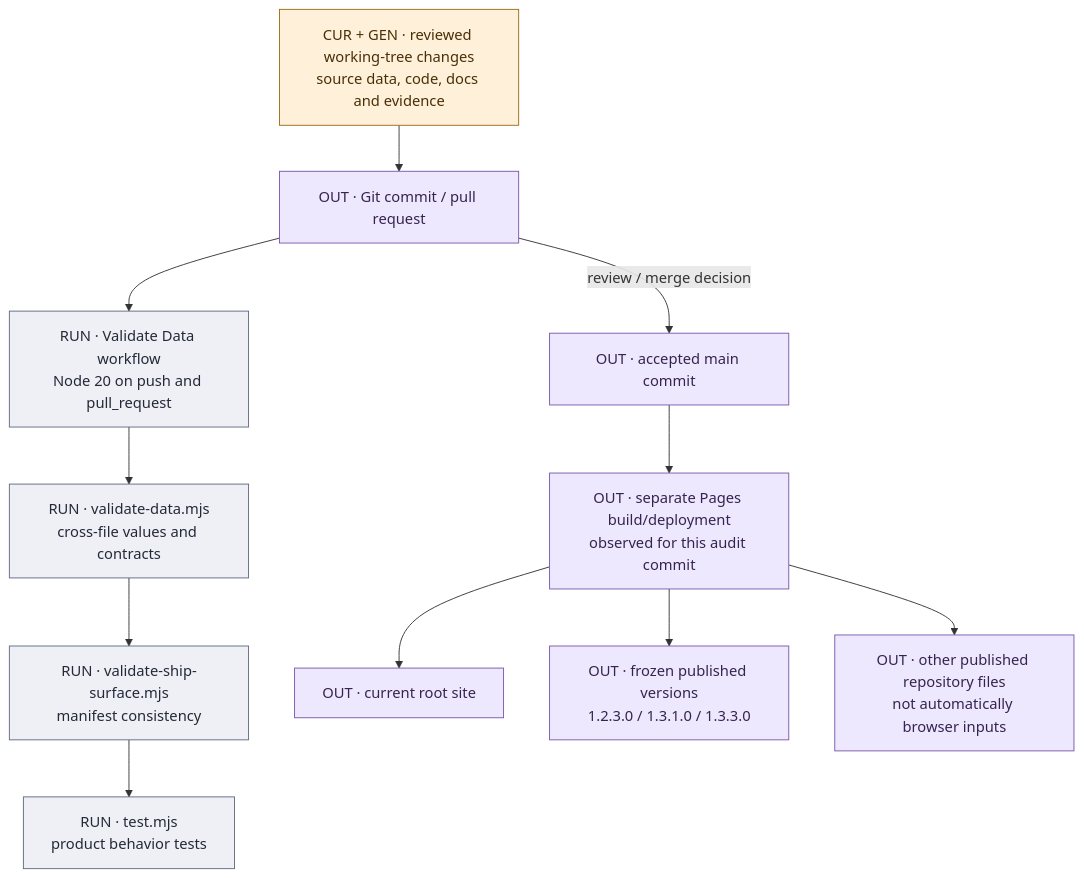
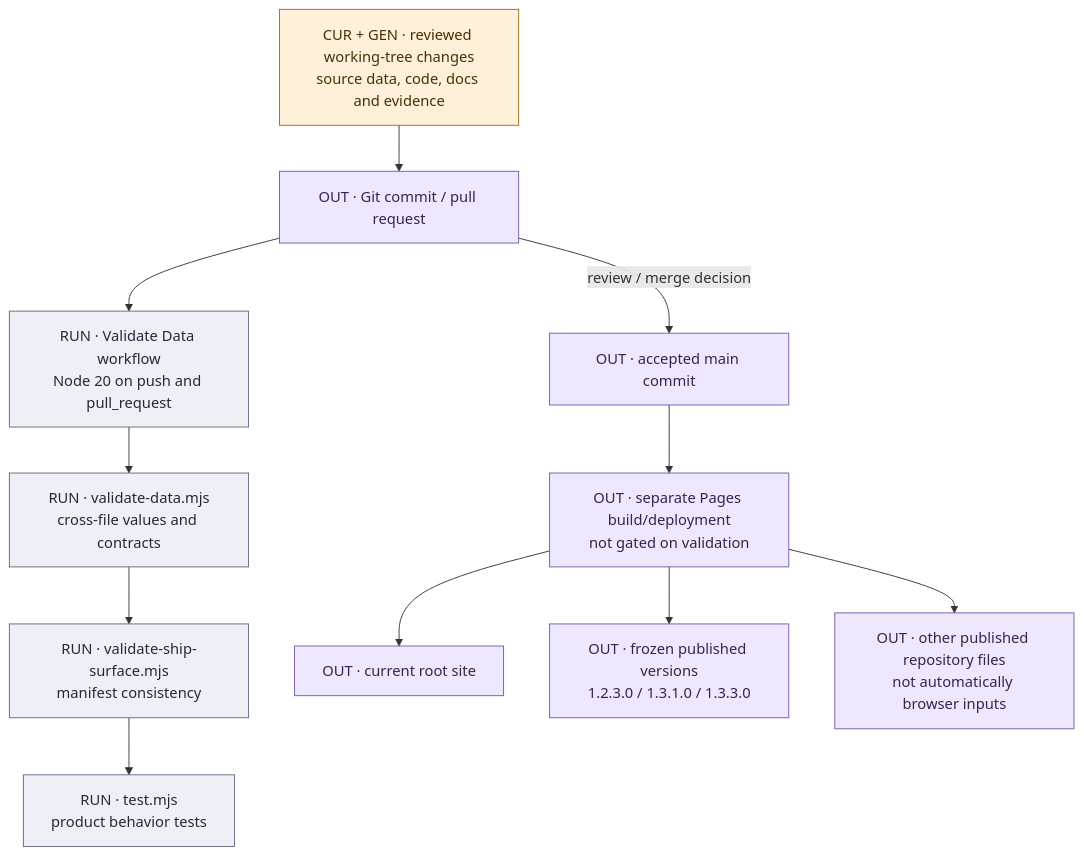
The third of 3 diagrams in docs/data-flow/UI_PUBLISHING.md (raymdl/BF6-Weapon-Analyzer), drawn with Mermaid before and after one commit. The commit also changed other lines of this file and 8 other files, not shown here.

First line of the commit message:
Refresh data-flow atlas for current state and render viewer live

````diff
--- a/docs/data-flow/UI_PUBLISHING.md
+++ b/docs/data-flow/UI_PUBLISHING.md
@@ -133,31 +127,27 @@
 ```mermaid
 flowchart TB
     C["CUR + GEN · reviewed working-tree changes<br/>source data, code, docs and evidence"]:::cur
     PR["OUT · Git commit / pull request"]:::out
     CI["RUN · Validate Data workflow<br/>Node 20 on push and pull_request"]:::run
     VD["RUN · validate-data.mjs<br/>cross-file values and contracts"]:::run
     VS["RUN · validate-ship-surface.mjs<br/>manifest consistency"]:::run
     TE["RUN · test.mjs<br/>product behavior tests"]:::run
     M["OUT · accepted main commit"]:::out
-    PG["OUT · separate Pages build/deployment<br/>observed for this audit commit"]:::out
+    PG["OUT · separate Pages build/deployment<br/>not gated on validation"]:::out
     ROOT["OUT · current root site"]:::out
     OLD["OUT · frozen published versions<br/>1.2.3.0 / 1.3.1.0 / 1.3.3.0"]:::out
     REF["OUT · other published repository files<br/>not automatically browser inputs"]:::out
     C --> PR
     PR --> CI
     CI --> VD
     VD --> VS
     VS --> TE
     PR -->|review / merge decision| M
     M --> PG
     PG --> ROOT
     PG --> OLD
     PG --> REF
-    classDef src fill:#e8efff,stroke:#4463a6,color:#16284c
     classDef cur fill:#fff1d9,stroke:#9c6b17,color:#492f08
-    classDef gen fill:#dcf4ef,stroke:#27806c,color:#123f35
     classDef run fill:#eef0f5,stroke:#616a80,color:#242938
-    classDef asm fill:#fff0ef,stroke:#b34c46,color:#621f1b,stroke-dasharray:5 3
     classDef out fill:#eee8ff,stroke:#7958aa,color:#36244f
-    classDef ev fill:#f7f7f7,stroke:#858585,color:#333333,stroke-dasharray:3 3
 ```
````
